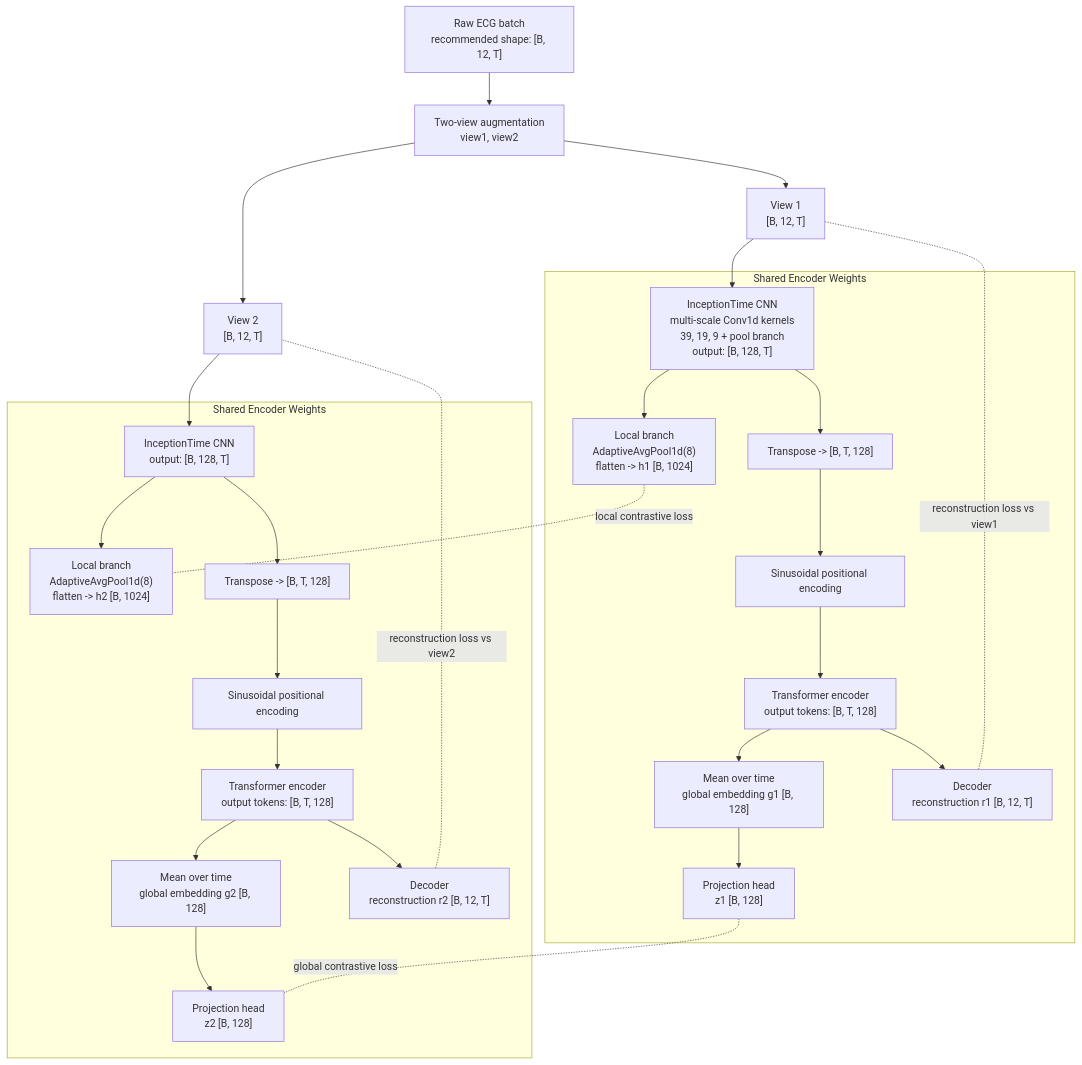
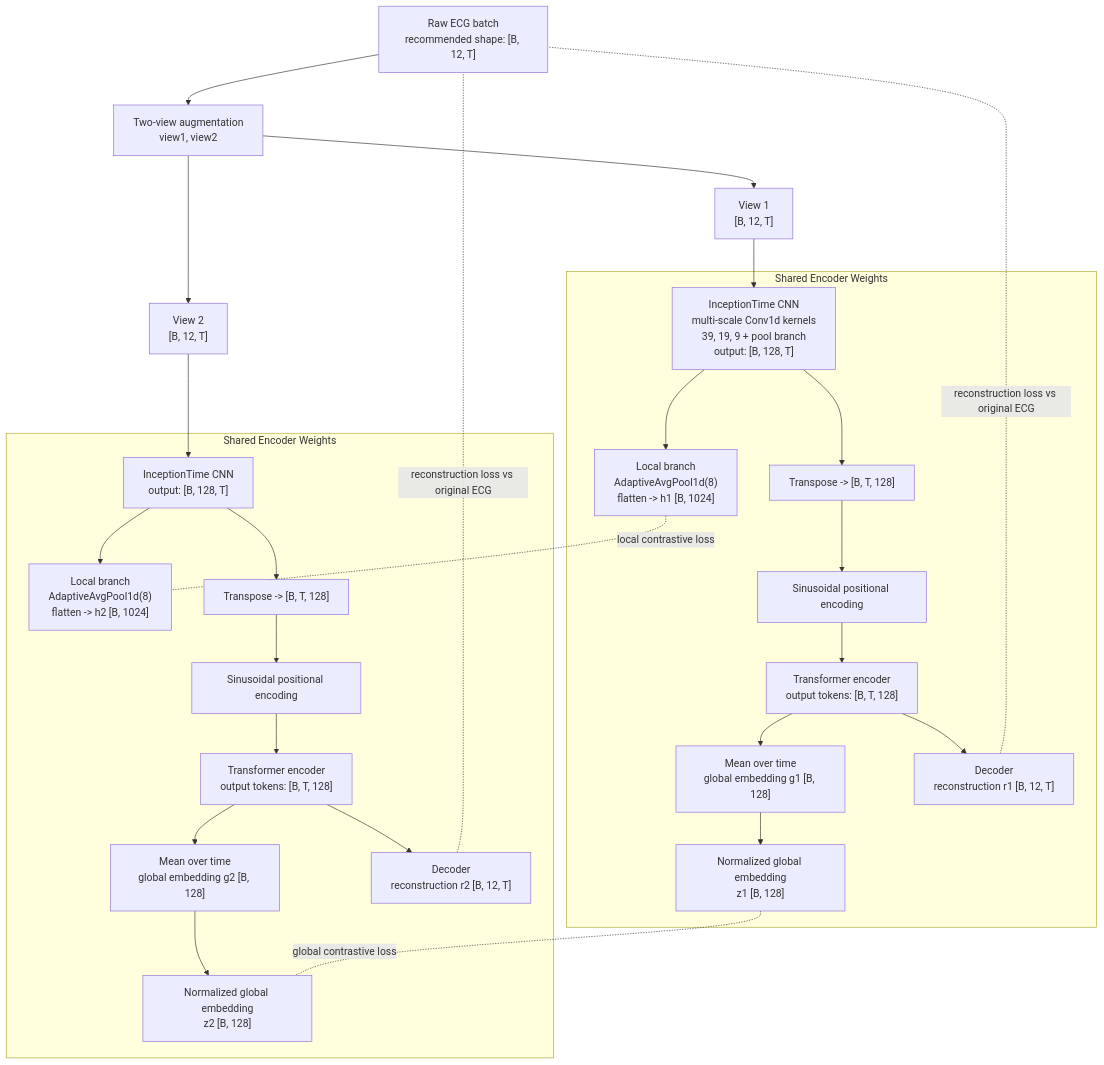
The diagram in docs/architecture.md (Vintervad/EKG_Similarity), drawn with Mermaid before and after one commit. The commit also changed other lines of this file and 27 other files, not shown here.

````diff
--- a/docs/architecture.md
+++ b/docs/architecture.md
@@ -14,48 +16,48 @@
 ```mermaid
 flowchart TD
     A["Raw ECG batch<br/>recommended shape: [B, 12, T]"] --> B["Two-view augmentation<br/>view1, view2"]
 
     B --> V1["View 1<br/>[B, 12, T]"]
     B --> V2["View 2<br/>[B, 12, T]"]
 
     subgraph M1["Shared Encoder Weights"]
         C1["InceptionTime CNN<br/>multi-scale Conv1d kernels<br/>39, 19, 9 + pool branch<br/>output: [B, 128, T]"]
         D1["Local branch<br/>AdaptiveAvgPool1d(8)<br/>flatten -> h1 [B, 1024]"]
         E1["Transpose -> [B, T, 128]"]
         F1["Sinusoidal positional encoding"]
         G1["Transformer encoder<br/>output tokens: [B, T, 128]"]
         H1["Mean over time<br/>global embedding g1 [B, 128]"]
-        I1["Projection head<br/>z1 [B, 128]"]
+        I1["Normalized global embedding<br/>z1 [B, 128]"]
         J1["Decoder<br/>reconstruction r1 [B, 12, T]"]
     end
 
     subgraph M2["Shared Encoder Weights"]
         C2["InceptionTime CNN<br/>output: [B, 128, T]"]
         D2["Local branch<br/>AdaptiveAvgPool1d(8)<br/>flatten -> h2 [B, 1024]"]
         E2["Transpose -> [B, T, 128]"]
         F2["Sinusoidal positional encoding"]
         G2["Transformer encoder<br/>output tokens: [B, T, 128]"]
         H2["Mean over time<br/>global embedding g2 [B, 128]"]
-        I2["Projection head<br/>z2 [B, 128]"]
+        I2["Normalized global embedding<br/>z2 [B, 128]"]
         J2["Decoder<br/>reconstruction r2 [B, 12, T]"]
     end
 
     V1 --> C1
     C1 --> D1
     C1 --> E1
     E1 --> F1 --> G1
     G1 --> H1 --> I1
     G1 --> J1
 
     V2 --> C2
     C2 --> D2
     C2 --> E2
     E2 --> F2 --> G2
     G2 --> H2 --> I2
     G2 --> J2
 
     D1 -. local contrastive loss .- D2
     I1 -. global contrastive loss .- I2
-    J1 -. reconstruction loss vs view1 .- V1
-    J2 -. reconstruction loss vs view2 .- V2
+    J1 -. reconstruction loss vs original ECG .- A
+    J2 -. reconstruction loss vs original ECG .- A
 ```
````
